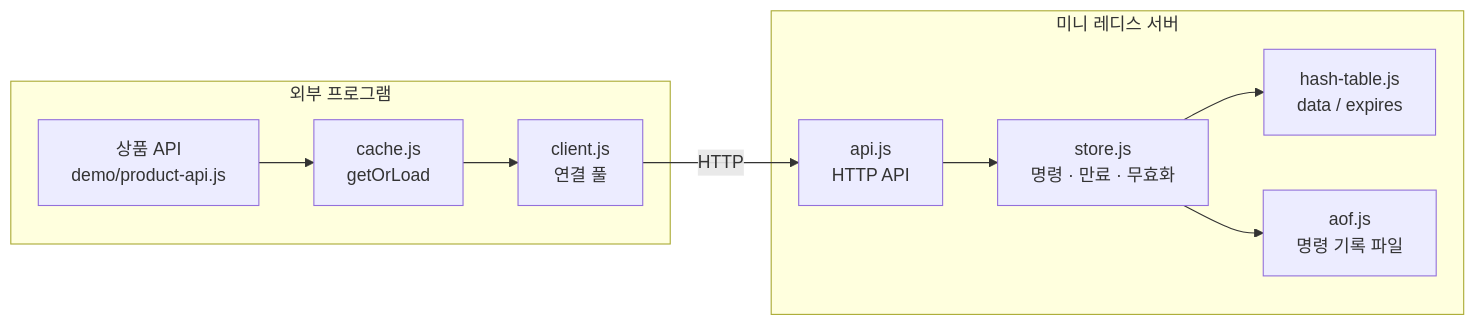
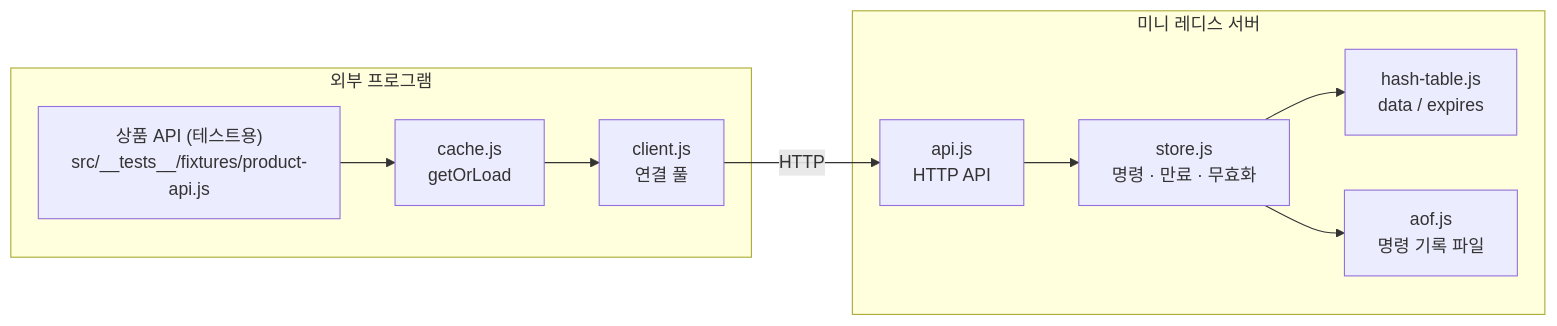
The first of 2 diagrams in redis/README.md (ririzu1202/shiritori), drawn with Mermaid before and after one commit. The commit also changed other lines of this file and 12 other files, not shown here.

````diff
--- a/redis/README.md
+++ b/redis/README.md
@@ -32,13 +28,13 @@
 ```mermaid
 flowchart LR
   subgraph outside["외부 프로그램"]
-    A["상품 API<br/>demo/product-api.js"] --> B["cache.js<br/>getOrLoad"]
+    A["상품 API (테스트용)<br/>src/__tests__/fixtures/product-api.js"] --> B["cache.js<br/>getOrLoad"]
     B --> C["client.js<br/>연결 풀"]
   end
   subgraph redis["미니 레디스 서버"]
     D["api.js<br/>HTTP API"] --> E["store.js<br/>명령 · 만료 · 무효화"]
     E --> F["hash-table.js<br/>data / expires"]
     E --> G["aof.js<br/>명령 기록 파일"]
   end
   C -- HTTP --> D
 ```
````
